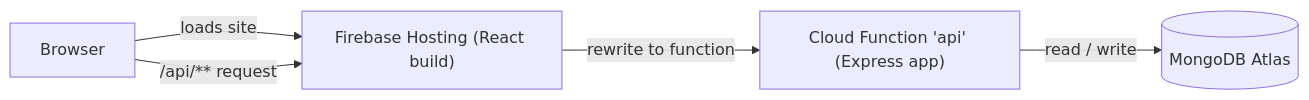
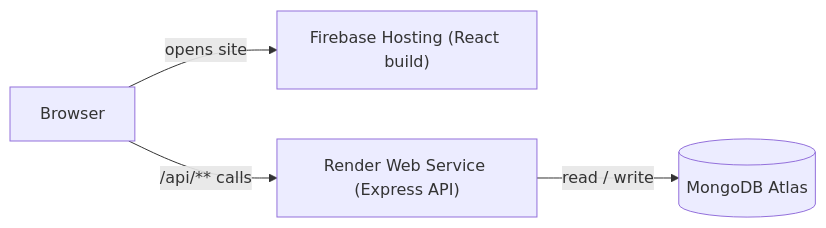
One commit to zaid154/Nexa-Mart changed the fifth of 5 diagrams in README.md. Above: the diagram before and after it, drawn with Mermaid. The commit also changed other lines of this file, not shown here.

Commit message:
docs: complete A-to-Z free deployment guide (Firebase + Render)

````diff
--- a/README.md
+++ b/README.md
@@ -325,12 +340,11 @@
 ```mermaid
 flowchart LR
     browser["Browser"]
     hosting["Firebase Hosting (React build)"]
-    fn["Cloud Function 'api' (Express app)"]
+    render["Render Web Service (Express API)"]
     db[("MongoDB Atlas")]
 
-    browser -->|"loads site"| hosting
-    browser -->|"/api/** request"| hosting
-    hosting -->|"rewrite to function"| fn
-    fn -->|"read / write"| db
+    browser -->|"opens site"| hosting
+    browser -->|"/api/** calls"| render
+    render -->|"read / write"| db
 ```
````
